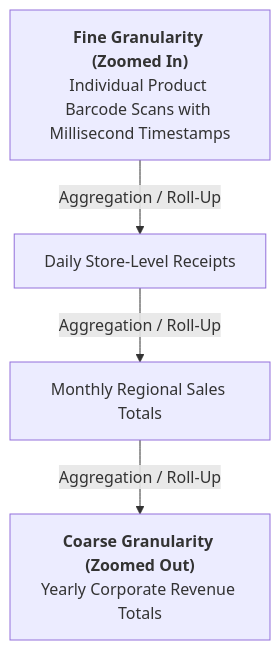
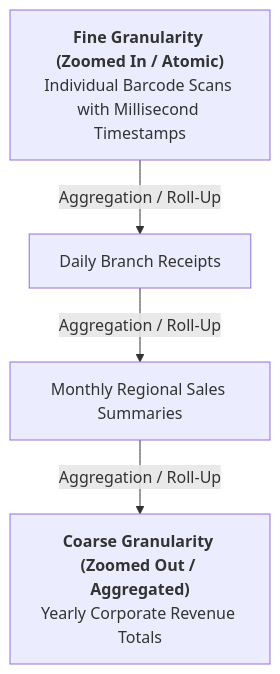
The fourth of 8 diagrams in notes/data_analysis/Chapter9_Features_of_Business_Data.md (DeepLumiere/DeepSkills), drawn with Mermaid before and after one commit. The commit also changed other lines of this file and 8 other files, not shown here.

````diff
--- a/notes/data_analysis/Chapter9_Features_of_Business_Data.md
+++ b/notes/data_analysis/Chapter9_Features_of_Business_Data.md
@@ -134,10 +89,10 @@
 ```mermaid
 flowchart TD
-    L1["<b>Coarse Granularity (Zoomed Out)</b><br/>Yearly Corporate Revenue Totals"]
-    L2["Monthly Regional Sales Totals"]
-    L3["Daily Store-Level Receipts"]
-    L4["<b>Fine Granularity (Zoomed In)</b><br/>Individual Product Barcode Scans with Millisecond Timestamps"]
+    L1["<b>Coarse Granularity (Zoomed Out / Aggregated)</b><br/>Yearly Corporate Revenue Totals"]
+    L2["Monthly Regional Sales Summaries"]
+    L3["Daily Branch Receipts"]
+    L4["<b>Fine Granularity (Zoomed In / Atomic)</b><br/>Individual Barcode Scans with Millisecond Timestamps"]
     L4 -->|Aggregation / Roll-Up| L3
     L3 -->|Aggregation / Roll-Up| L2
     L2 -->|Aggregation / Roll-Up| L1
 ```
````
